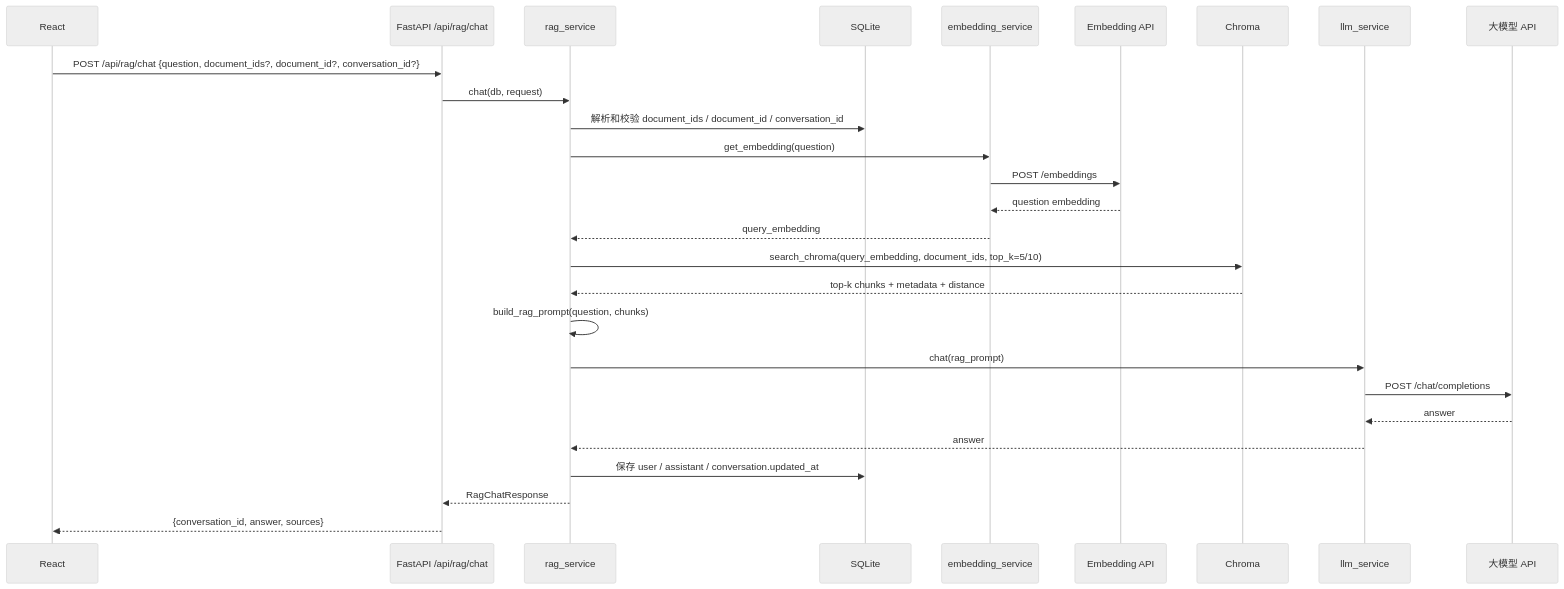
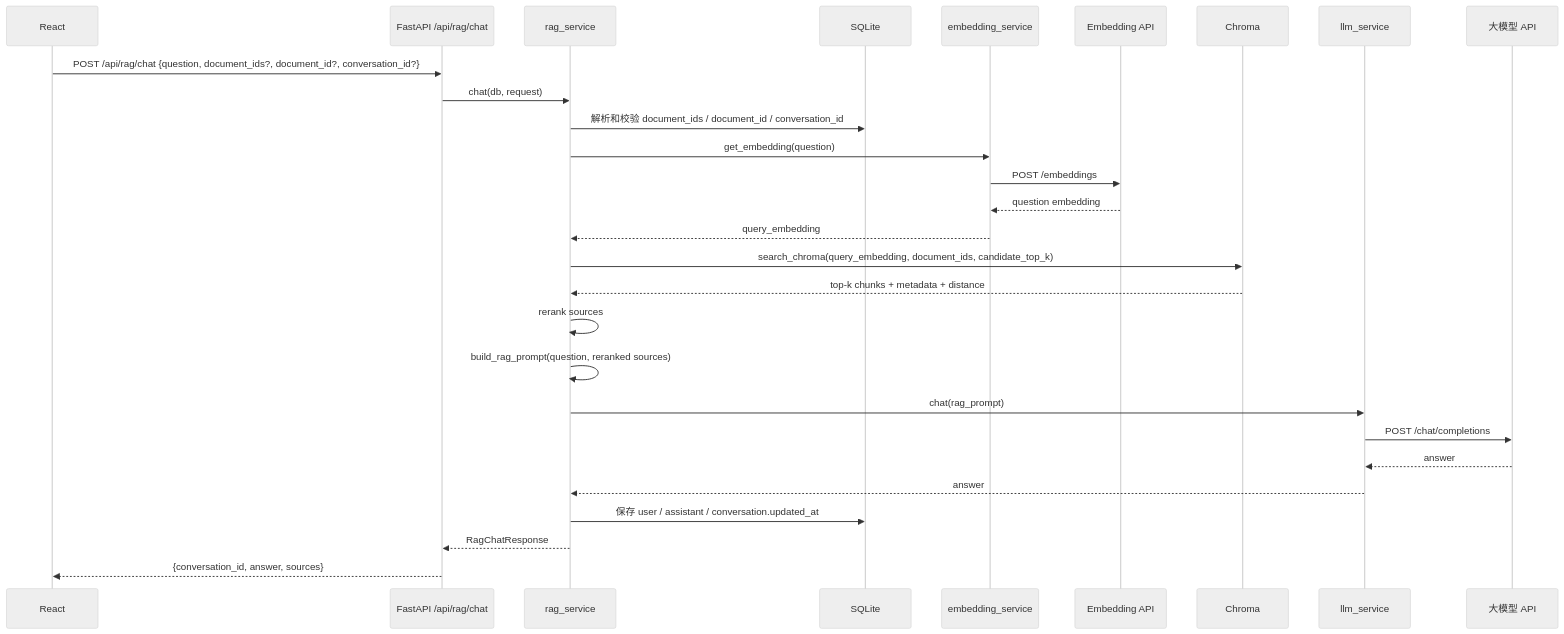
Before and after one commit to taoyuanjushi/ai-qa-assistant: the fourth of 5 diagrams in docs/chat_flow.md, drawn with Mermaid (neutral theme). The commit also changed other lines of this file and 59 other files, not shown here.

````diff
--- a/docs/chat_flow.md
+++ b/docs/chat_flow.md
@@ -369,30 +526,31 @@
 ```mermaid
 sequenceDiagram
     participant R as React
     participant A as FastAPI /api/rag/chat
     participant G as rag_service
     participant D as SQLite
     participant E as embedding_service
     participant V as Embedding API
     participant C as Chroma
     participant L as llm_service
     participant M as 大模型 API
 
     R->>A: POST /api/rag/chat {question, document_ids?, document_id?, conversation_id?}
     A->>G: chat(db, request)
     G->>D: 解析和校验 document_ids / document_id / conversation_id
     G->>E: get_embedding(question)
     E->>V: POST /embeddings
     V-->>E: question embedding
     E-->>G: query_embedding
-    G->>C: search_chroma(query_embedding, document_ids, top_k=5/10)
+    G->>C: search_chroma(query_embedding, document_ids, candidate_top_k)
     C-->>G: top-k chunks + metadata + distance
-    G->>G: build_rag_prompt(question, chunks)
+    G->>G: rerank sources
+    G->>G: build_rag_prompt(question, reranked sources)
     G->>L: chat(rag_prompt)
     L->>M: POST /chat/completions
     M-->>L: answer
     L-->>G: answer
     G->>D: 保存 user / assistant / conversation.updated_at
     G-->>A: RagChatResponse
     A-->>R: {conversation_id, answer, sources}
 ```
````
